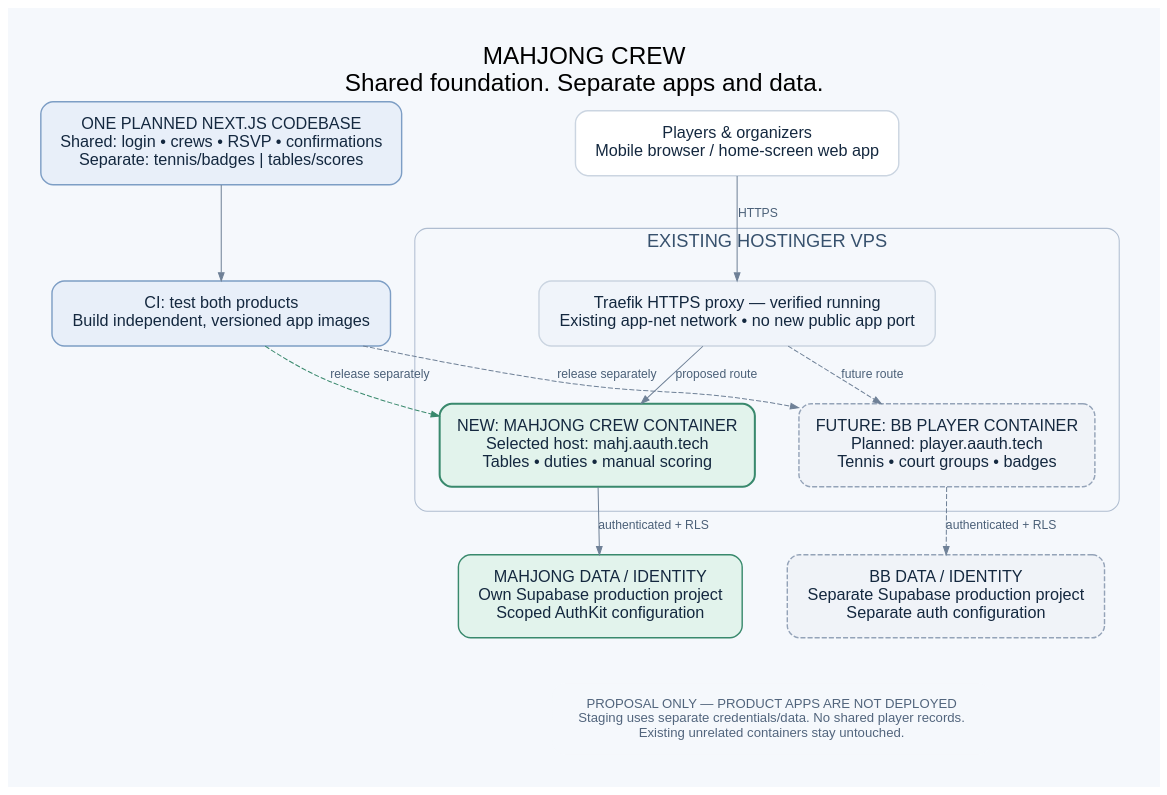
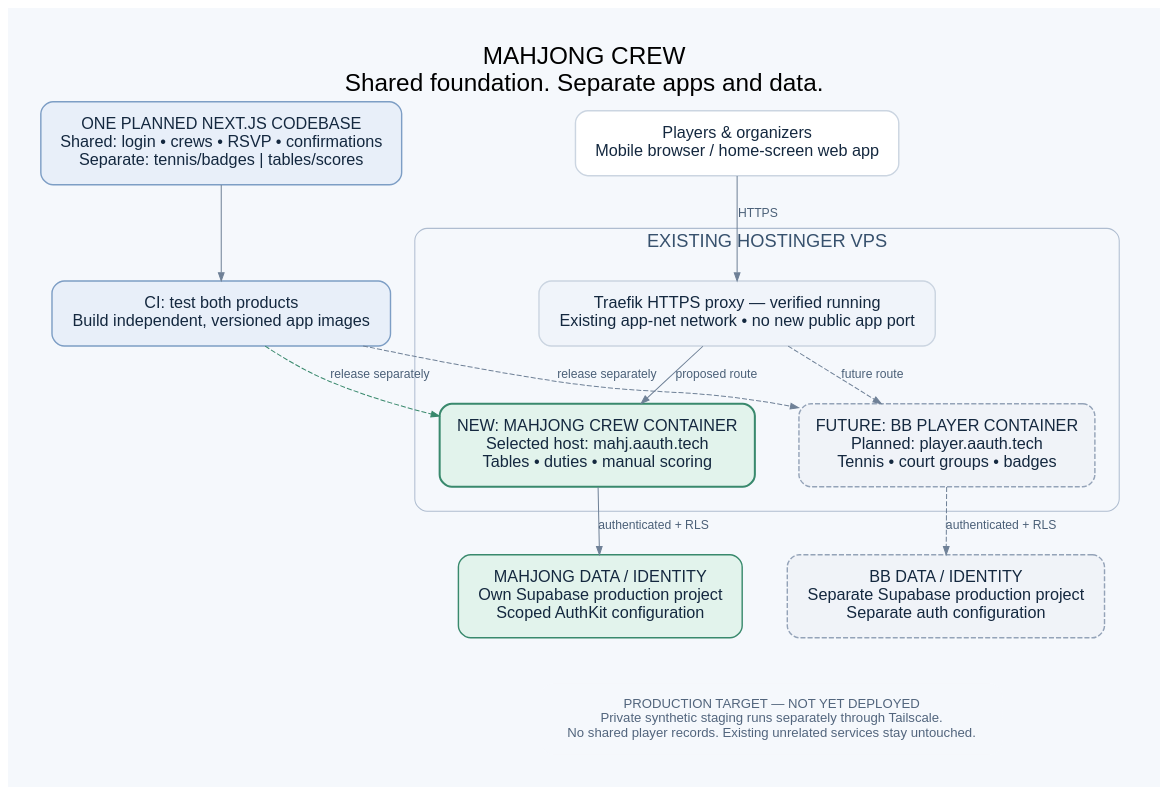
One commit to gkedev/mackay changed the diagram in docs/assets/mahjong-deployment.dot. Above: the diagram before and after it, drawn with Graphviz. The commit also changed 6 other files, not shown here.

Commit message:
Document verified private staging and separate phone review networks

```diff
--- a/docs/assets/mahjong-deployment.dot
+++ b/docs/assets/mahjong-deployment.dot
@@ -1,34 +1,34 @@
 digraph deployment {
   graph [rankdir=TB, bgcolor="#F5F8FC", pad="0.45", nodesep="0.6", ranksep="0.6", fontname="Liberation Sans", fontsize=24, labelloc=t, label="MAHJONG CREW\nShared foundation. Separate apps and data."];
   node [shape=box, style="rounded,filled", fillcolor="#FFFFFF", color="#CBD5E1", penwidth=1.4, fontname="Liberation Sans", fontsize=16, fontcolor="#14283F", margin="0.25,0.20"];
   edge [color="#6F8197", arrowsize=0.8, fontname="Liberation Sans", fontsize=12, fontcolor="#4B6078"];
 
   code [label="ONE PLANNED NEXT.JS CODEBASE\nShared: login • crews • RSVP • confirmations\nSeparate: tennis/badges | tables/scores", fillcolor="#E8EFF9", color="#7D9EC5"];
   ci [label="CI: test both products\nBuild independent, versioned app images", fillcolor="#E8EFF9", color="#7D9EC5"];
   code -> ci;
 
   players [label="Players & organizers\nMobile browser / home-screen web app"];
 
   subgraph cluster_vps {
     label="EXISTING HOSTINGER VPS"; fontname="Liberation Sans"; fontsize=18; fontcolor="#37516D"; color="#AFBDD0"; style="rounded"; margin=24;
     proxy [label="Traefik HTTPS proxy — verified running\nExisting app-net network • no new public app port", fillcolor="#F0F4FA"];
     mahjong [label="NEW: MAHJONG CREW CONTAINER\nSelected host: mahj.aauth.tech\nTables • duties • manual scoring", fillcolor="#E2F3EC", color="#39896D", penwidth=2];
     bb [label="FUTURE: BB PLAYER CONTAINER\nPlanned: player.aauth.tech\nTennis • court groups • badges", fillcolor="#F0F3F8", color="#94A3B8", style="rounded,filled,dashed"];
     {rank=same; mahjong; bb;}
     proxy -> mahjong [label="proposed route"];
     proxy -> bb [label="future route", style=dashed];
   }
 
   players -> proxy [label="HTTPS"];
   ci -> mahjong [label="release separately", style=dashed, color="#39896D"];
   ci -> bb [label="release separately", style=dashed];
 
   mjdata [label="MAHJONG DATA / IDENTITY\nOwn Supabase production project\nScoped AuthKit configuration", fillcolor="#E2F3EC", color="#39896D"];
   bbdata [label="BB DATA / IDENTITY\nSeparate Supabase production project\nSeparate auth configuration", fillcolor="#F0F3F8", color="#94A3B8", style="rounded,filled,dashed"];
   {rank=same; mjdata; bbdata;}
   mahjong -> mjdata [label="authenticated + RLS"];
   bb -> bbdata [label="authenticated + RLS", style=dashed];
 
-  note [shape=plaintext, label="PROPOSAL ONLY — PRODUCT APPS ARE NOT DEPLOYED\nStaging uses separate credentials/data. No shared player records.\nExisting unrelated containers stay untouched.", fontsize=13, fontcolor="#52657D", fillcolor="#F5F8FC", color="#F5F8FC"];
+  note [shape=plaintext, label="PRODUCTION TARGET — NOT YET DEPLOYED\nPrivate synthetic staging runs separately through Tailscale.\nNo shared player records. Existing unrelated services stay untouched.", fontsize=13, fontcolor="#52657D", fillcolor="#F5F8FC", color="#F5F8FC"];
   mjdata -> note [style=invis]; bbdata -> note [style=invis];
 }
```
